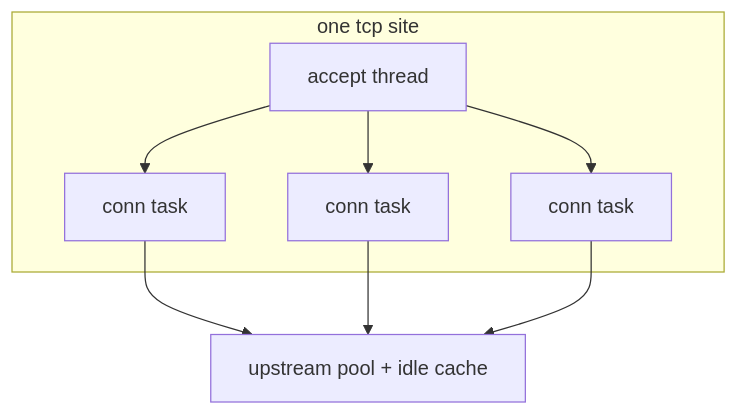
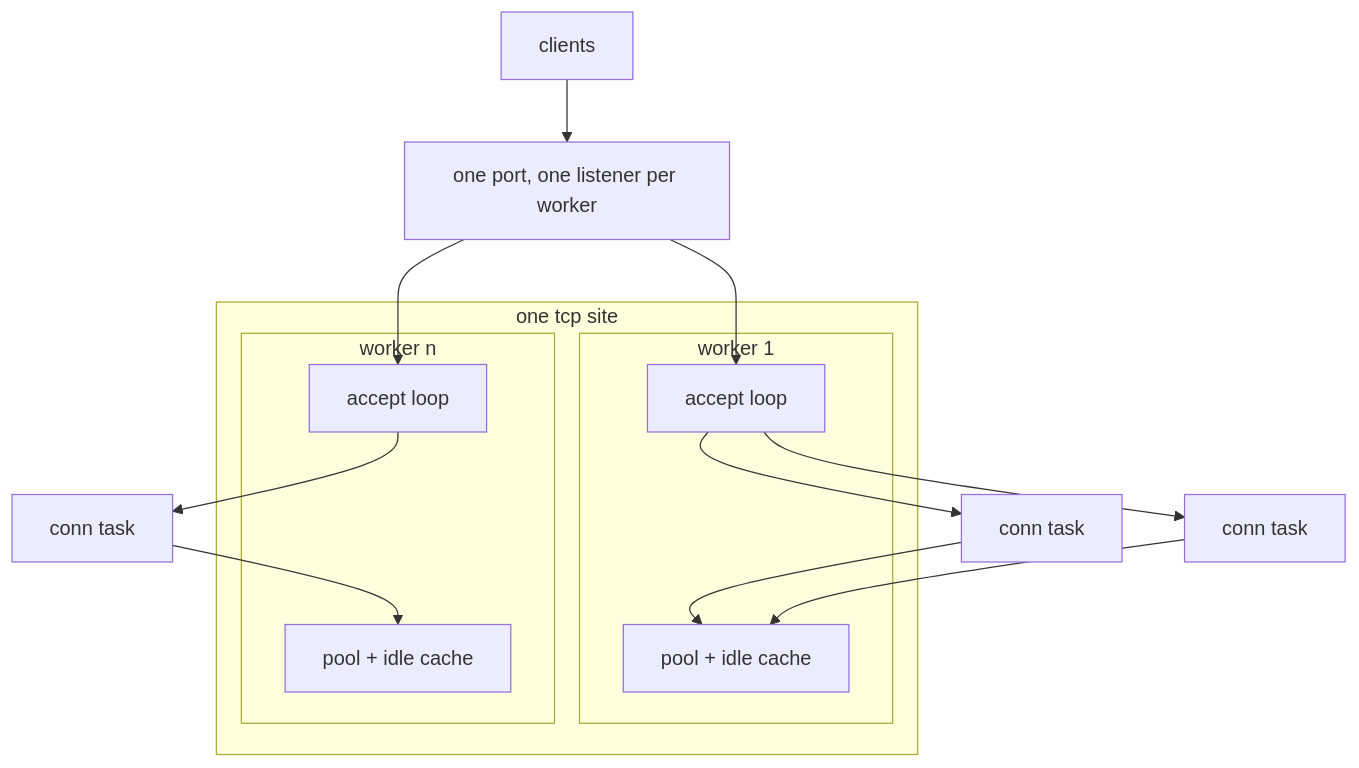
One commit to prothegee/zix changed the third of 4 diagrams in docs/zixer/hld-en.md. Above: the diagram before and after it, drawn with Mermaid. The commit also changed other lines of this file and 1 other file, not shown here.

Commit message:
document the per-worker site shape

````diff
--- a/docs/zixer/hld-en.md
+++ b/docs/zixer/hld-en.md
@@ -176,17 +178,21 @@
 ```mermaid
 flowchart TB
+    client[clients] --> kernel[one port, one listener per worker]
+
     subgraph site [one tcp site]
-        accept[accept thread]
-        t1[conn task]
-        t2[conn task]
-        tn[conn task]
+        subgraph w1 [worker 1]
+            a1[accept loop]
+            p1[pool + idle cache]
+        end
+        subgraph wn [worker n]
+            an[accept loop]
+            pn[pool + idle cache]
+        end
     end
-    pool[upstream pool + idle cache]
 
-    accept --> t1
-    accept --> t2
-    accept --> tn
-    t1 --> pool
-    t2 --> pool
-    tn --> pool
+    kernel --> a1
+    kernel --> an
+    a1 --> t1[conn task] --> p1
+    a1 --> t2[conn task] --> p1
+    an --> tn[conn task] --> pn
 ```
````
